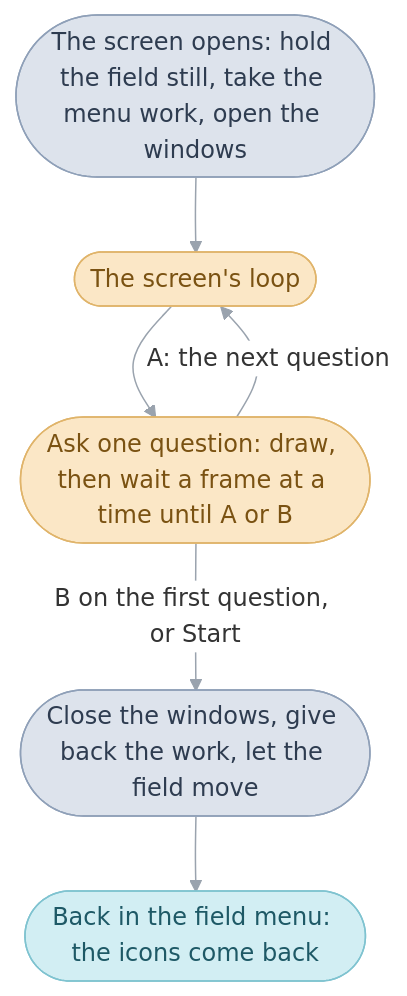
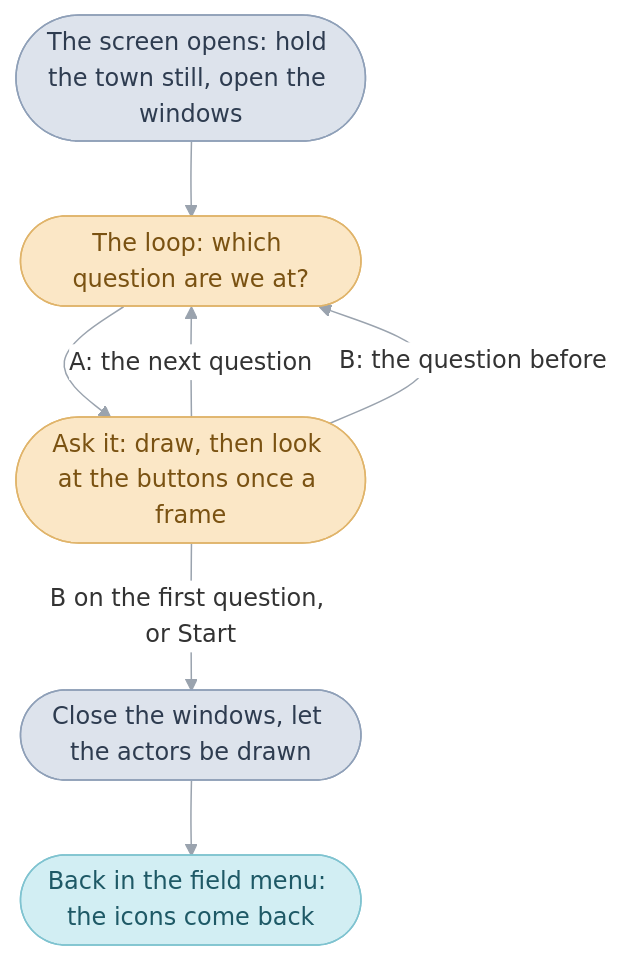
The second of 3 diagrams in games/tbs/src/menu/README.md (PascalPixel/alchemy), drawn with Mermaid before and after one commit. The commit also changed other lines of this file and 20 other files, not shown here.

````diff
--- a/games/tbs/src/menu/README.md
+++ b/games/tbs/src/menu/README.md
@@ -109,15 +474,16 @@
 ```mermaid
 %%{init: {"theme": "base", "themeVariables": {"lineColor": "#9AA3AE", "edgeLabelBackground": "#FFFFFF"}, "flowchart": {"curve": "basis", "padding": 12}}}%%
 flowchart TD
-  open(["The screen opens: hold the field still, take the menu work, open the windows"]) --> loop(["The screen's loop"])
-  loop --> q(["Ask one question: draw, then wait a frame at a time until A or B"])
+  open(["The screen opens: hold the town still, open the windows"]) --> loop(["The loop: which question are we at?"])
+  loop --> q(["Ask it: draw, then look at the buttons once a frame"])
   q -- "A: the next question" --> loop
-  q -- "B on the first question, or Start" --> close(["Close the windows, give back the work, let the field move"])
+  q -- "B: the question before" --> loop
+  q -- "B on the first question, or Start" --> close(["Close the windows, let the actors be drawn"])
   close --> back(["Back in the field menu: the icons come back"])
   classDef code fill:#DDE3EC,stroke:#8FA0B8,color:#2E3C50
   classDef frame fill:#FBE7C6,stroke:#E0B46A,color:#7A5212
   classDef sequence fill:#D2EEF3,stroke:#7FC3D0,color:#1E5966
   class open,close code
   class loop,q frame
   class back sequence
 ```
````
